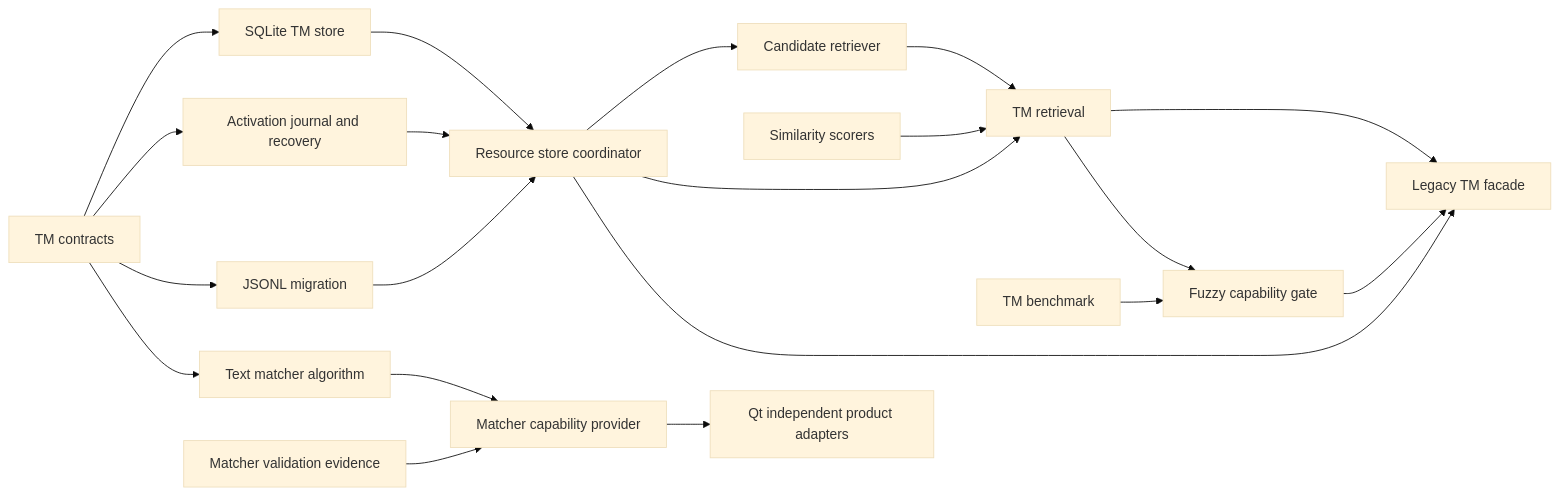
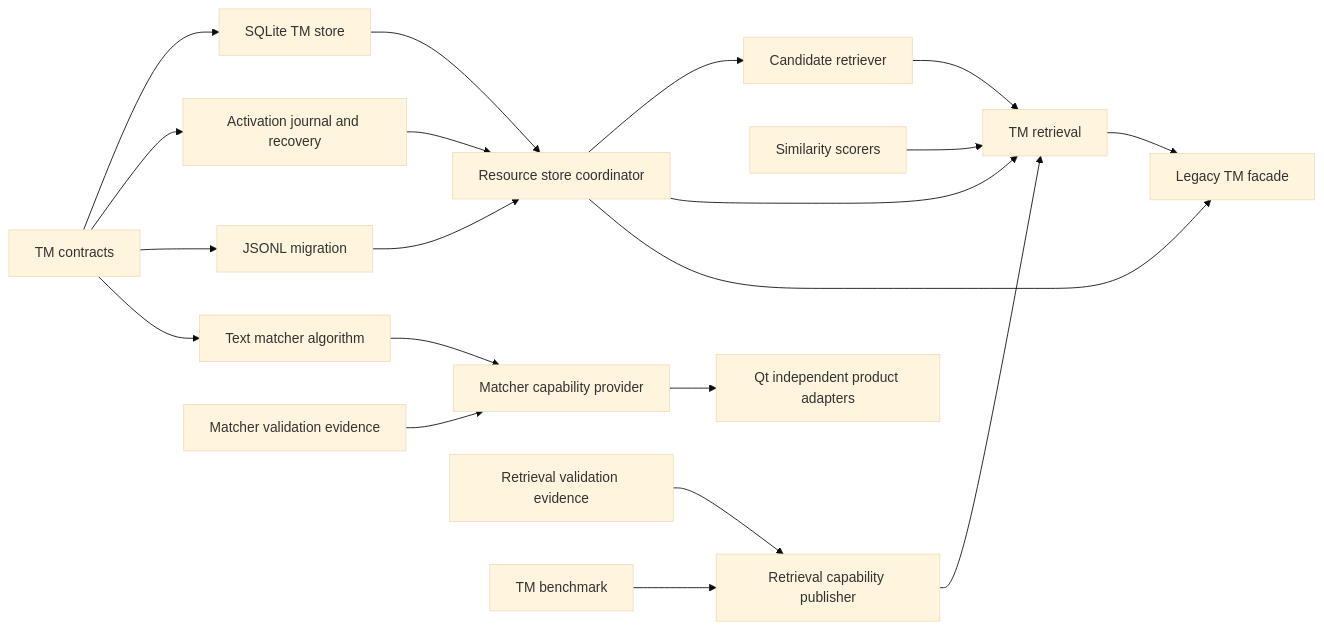
The first of 3 diagrams in .kiro/specs/tm-storage-retrieval-index/design.md (BeFringe/LocalCAT), drawn with Mermaid (base theme) before and after one commit. The commit also changed other lines of this file and 1 other file, not shown here.

Commit message:
docs(tm): 固化 retrieval 能力发布边界

````diff
--- a/.kiro/specs/tm-storage-retrieval-index/design.md
+++ b/.kiro/specs/tm-storage-retrieval-index/design.md
@@ -71,22 +71,22 @@
 ```mermaid
 graph LR
     Contracts[TM contracts] --> Store[SQLite TM store]
     Contracts --> ActivationDurability[Activation journal and recovery]
     Store --> Coordinator[Resource store coordinator]
     ActivationDurability --> Coordinator
     Contracts --> Migration[JSONL migration]
     Contracts --> MatcherCore[Text matcher algorithm]
     MatcherEvidence[Matcher validation evidence] --> MatcherGate[Matcher capability provider]
     MatcherCore --> MatcherGate
     Coordinator --> Candidate[Candidate retriever]
     Similarity[Similarity scorers] --> Retrieval[TM retrieval]
     Candidate --> Retrieval
     Coordinator --> Retrieval
+    RetrievalEvidence[Retrieval validation evidence] --> RetrievalGate[Retrieval capability publisher]
+    RetrievalGate --> Retrieval
     Migration --> Coordinator
     Retrieval --> Facade[Legacy TM facade]
     Coordinator --> Facade
-    Benchmark[TM benchmark] --> FuzzyGate[Fuzzy capability gate]
-    Retrieval --> FuzzyGate
-    FuzzyGate --> Facade
+    Benchmark[TM benchmark] --> RetrievalGate
     MatcherGate --> ProductAdapters[Qt independent product adapters]
 ```
````
